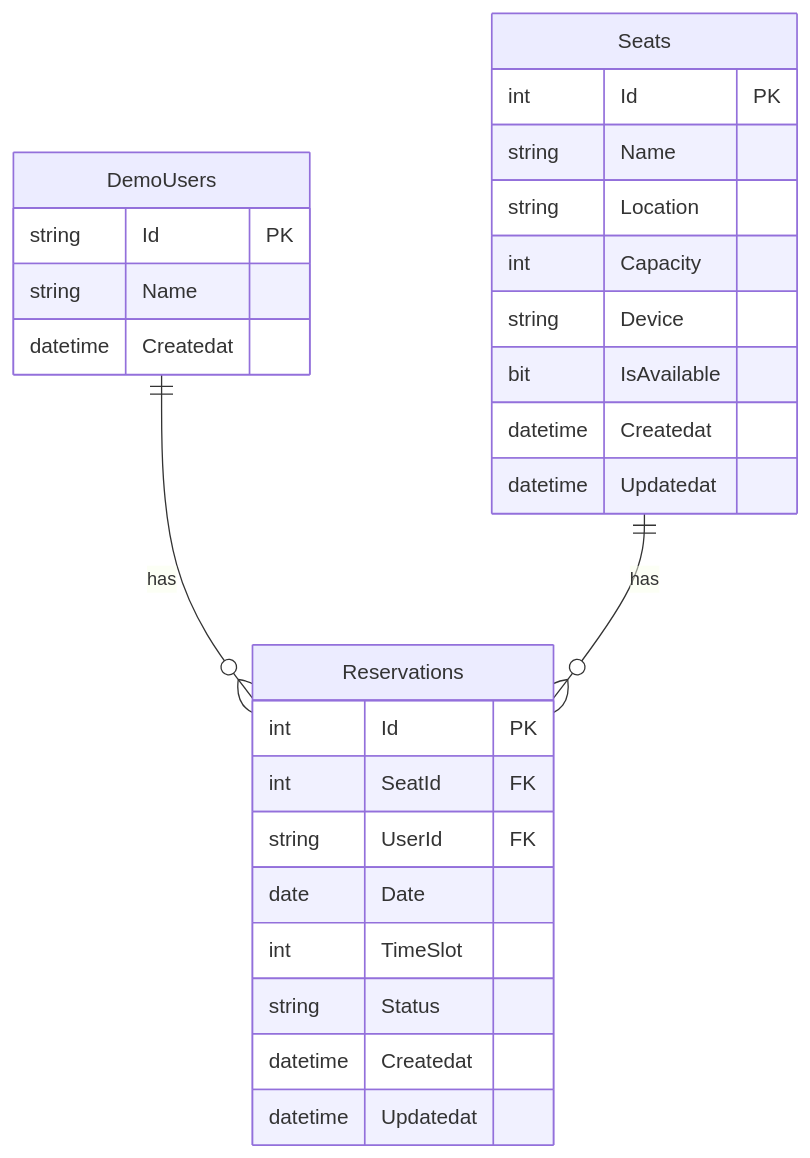
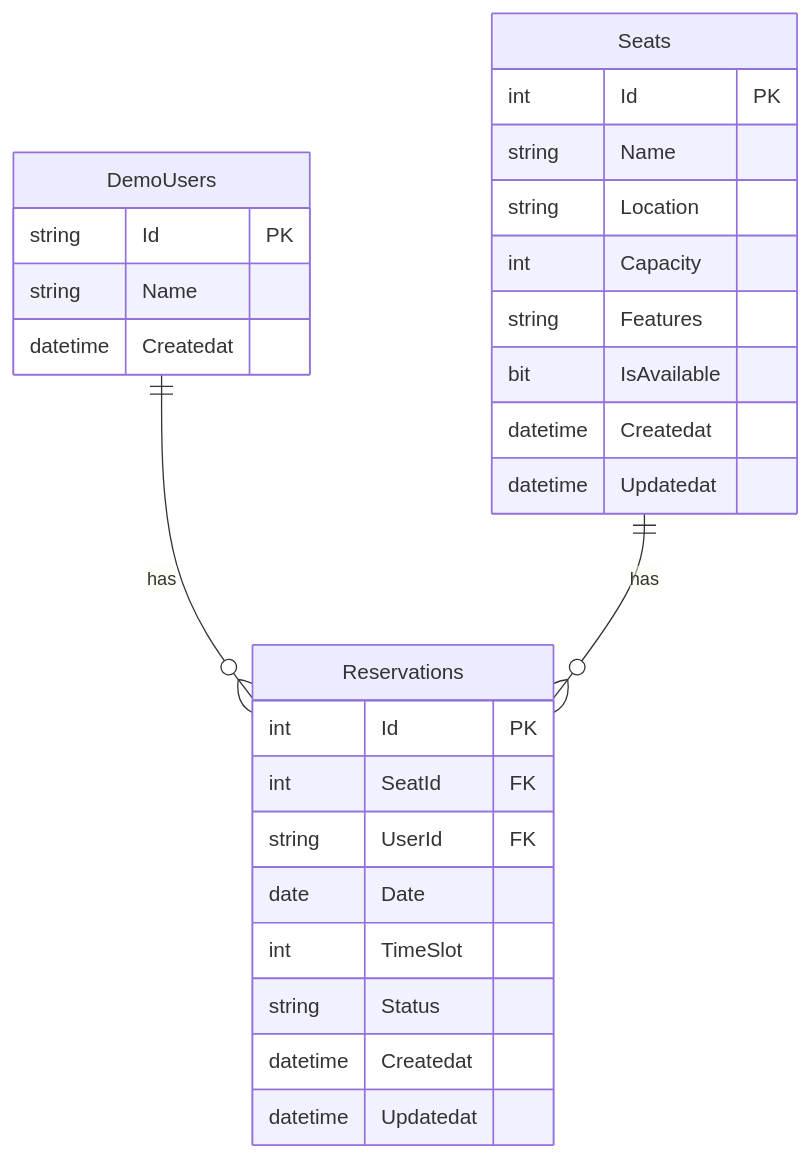
Before and after one commit to 2864284429-tec/241060561223: the diagram in docs/08-数据库设计.md, drawn with Mermaid. The commit also changed other lines of this file and 108 other files, not shown here.

````diff
--- a/docs/08-数据库设计.md
+++ b/docs/08-数据库设计.md
@@ -573,33 +573,33 @@
 ```mermaid
 erDiagram
     DemoUsers {
         string Id PK
         string Name
         datetime Createdat
     }
     
     Seats {
         int Id PK
         string Name
         string Location
         int Capacity
-        string Device
+        string Features
         bit IsAvailable
         datetime Createdat
         datetime Updatedat
     }
     
     Reservations {
         int Id PK
         int SeatId FK
         string UserId FK
         date Date
         int TimeSlot
         string Status
         datetime Createdat
         datetime Updatedat
     }
     
     DemoUsers ||--o{ Reservations : "has"
     Seats ||--o{ Reservations : "has"
 ```
````
